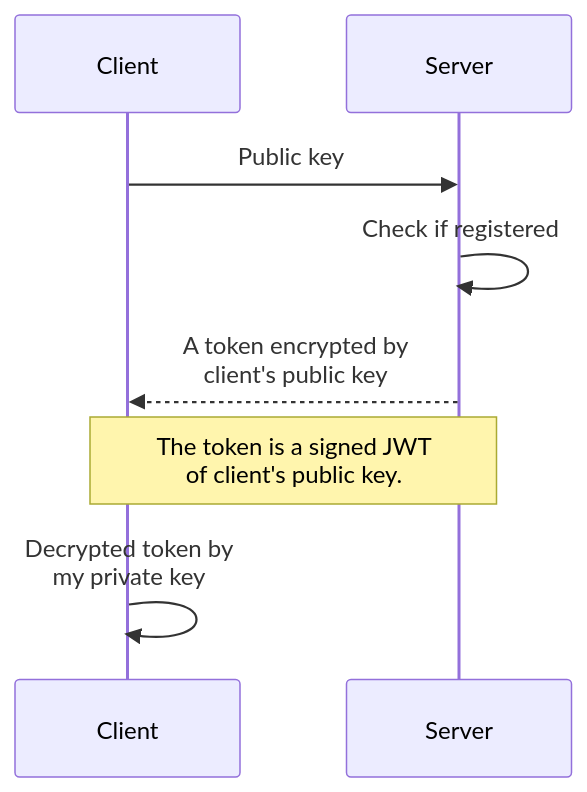
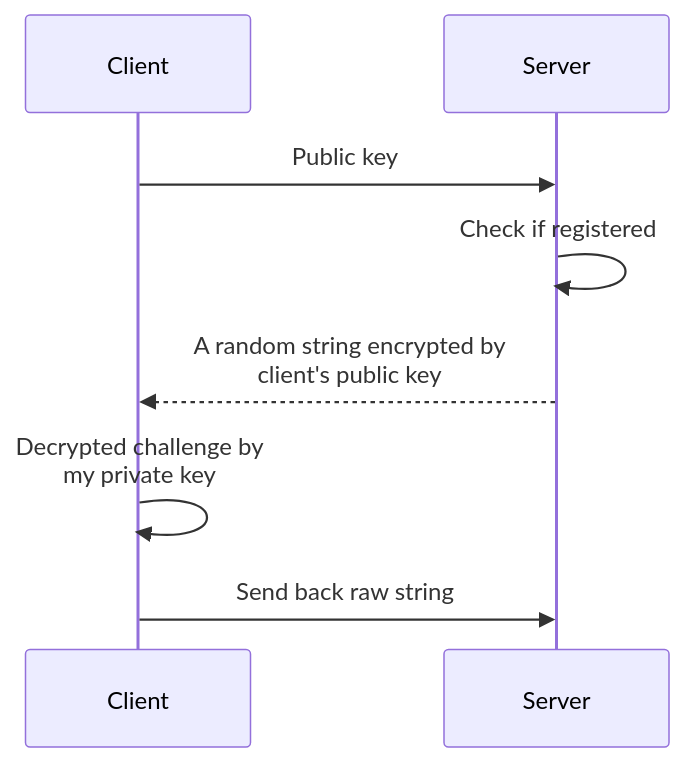
One commit to liplum/ChatIsland changed the second of 4 diagrams in README.md. Above: the diagram before and after it, drawn with Mermaid. The commit also changed other lines of this file and 2 other files, not shown here.

````diff
--- a/README.md
+++ b/README.md
@@ -32,10 +29,10 @@
 ```mermaid
 sequenceDiagram
     participant Client
     participant Server
     Client->>Server: Public key
     Server->>Server: Check if registered
-    Server-->>Client: A token encrypted by <br/> client's public key
-    Note over Client, Server: The token is a signed JWT <br/> of client's public key.
-    Client->>Client: Decrypted token by <br/> my private key
+    Server-->>Client: A random string encrypted by <br/> client's public key
+    Client->>Client: Decrypted challenge by <br/> my private key
+    Client->>Server: Send back raw string
 ```
````
